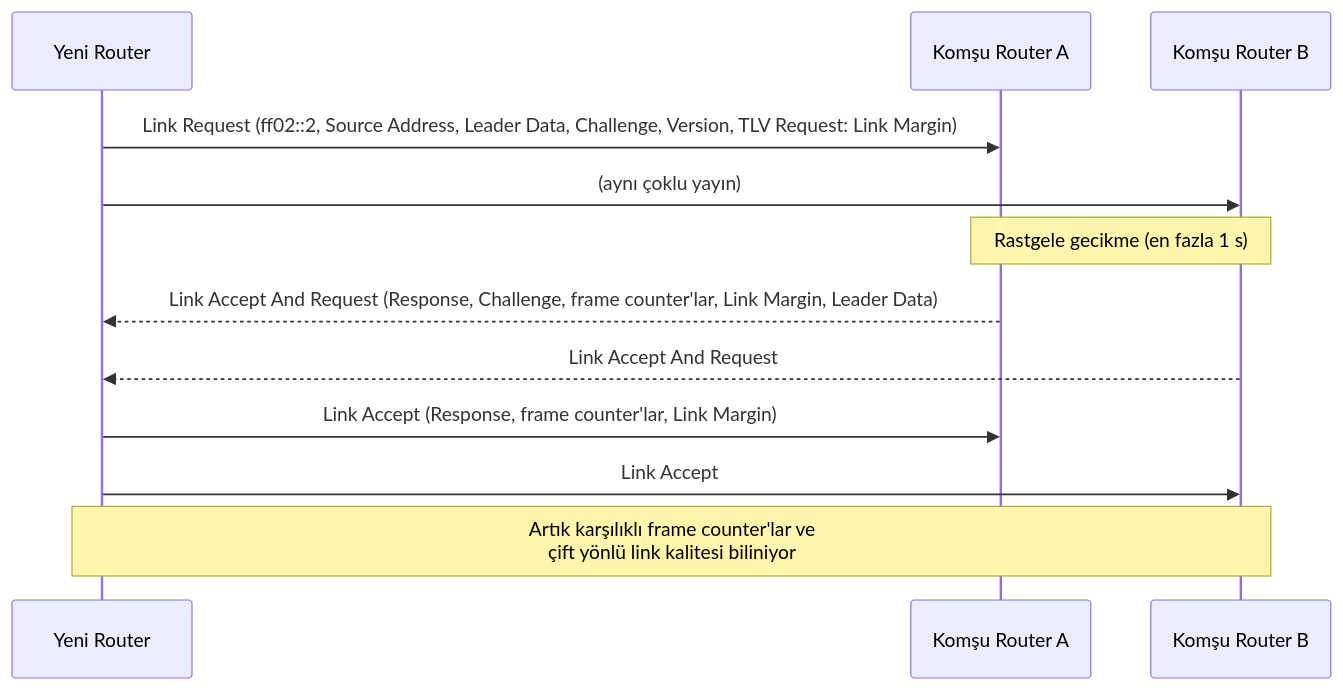
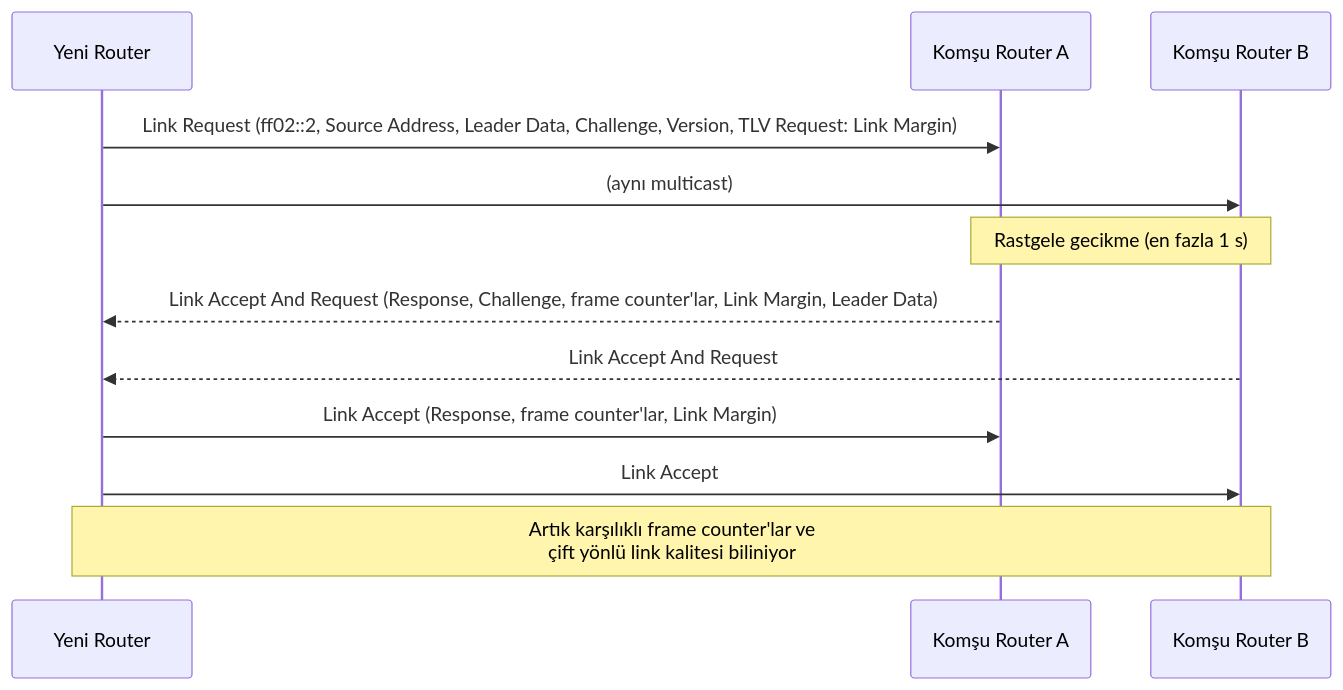
Before and after one commit to Berkancelik/thread-architecture: the second of 2 diagrams in bolumler/09-mle.md, drawn with Mermaid. The commit also changed other lines of this file and 31 other files, not shown here.

````diff
--- a/bolumler/09-mle.md
+++ b/bolumler/09-mle.md
@@ -265,14 +265,14 @@
 ```mermaid
 sequenceDiagram
     participant N as Yeni Router
     participant A as Komşu Router A
     participant B as Komşu Router B
     N->>A: Link Request (ff02::2, Source Address, Leader Data, Challenge, Version, TLV Request: Link Margin)
-    N->>B: (aynı çoklu yayın)
+    N->>B: (aynı multicast)
     Note over A,B: Rastgele gecikme (en fazla 1 s)
     A-->>N: Link Accept And Request (Response, Challenge, frame counter'lar, Link Margin, Leader Data)
     B-->>N: Link Accept And Request
     N->>A: Link Accept (Response, frame counter'lar, Link Margin)
     N->>B: Link Accept
     Note over N,B: Artık karşılıklı frame counter'lar ve<br/>çift yönlü link kalitesi biliniyor
 ```
````
